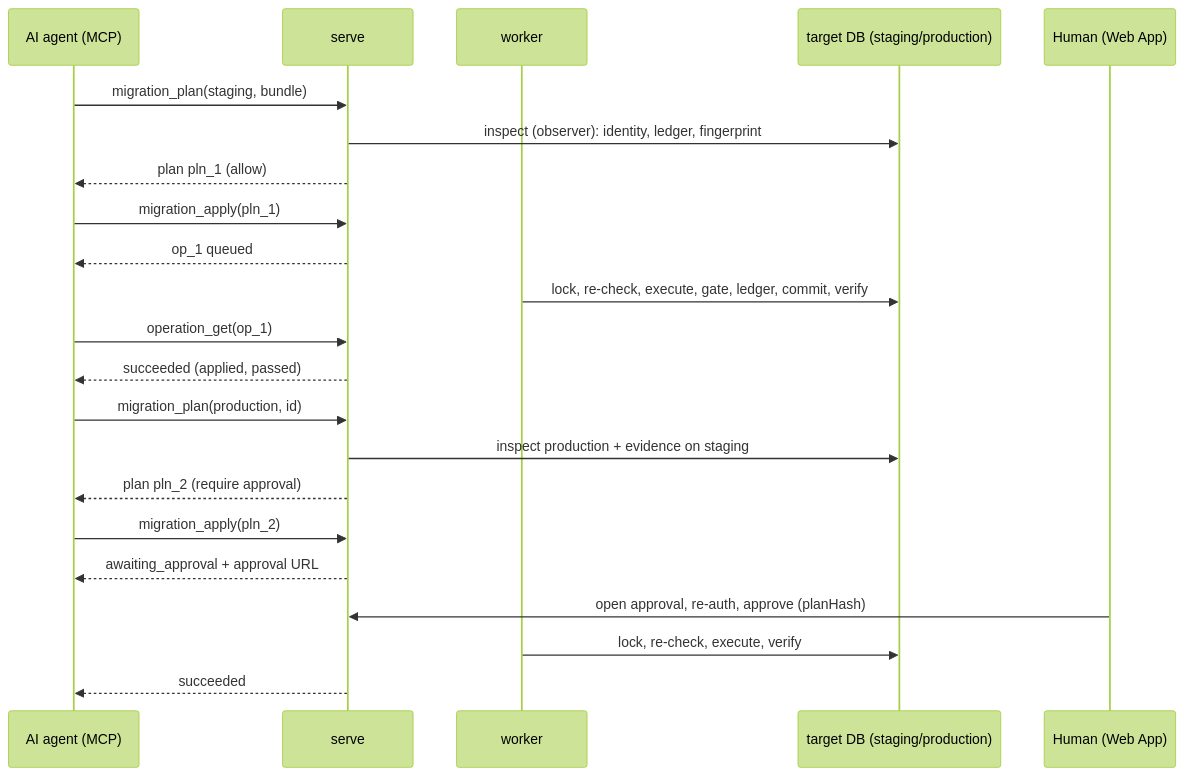
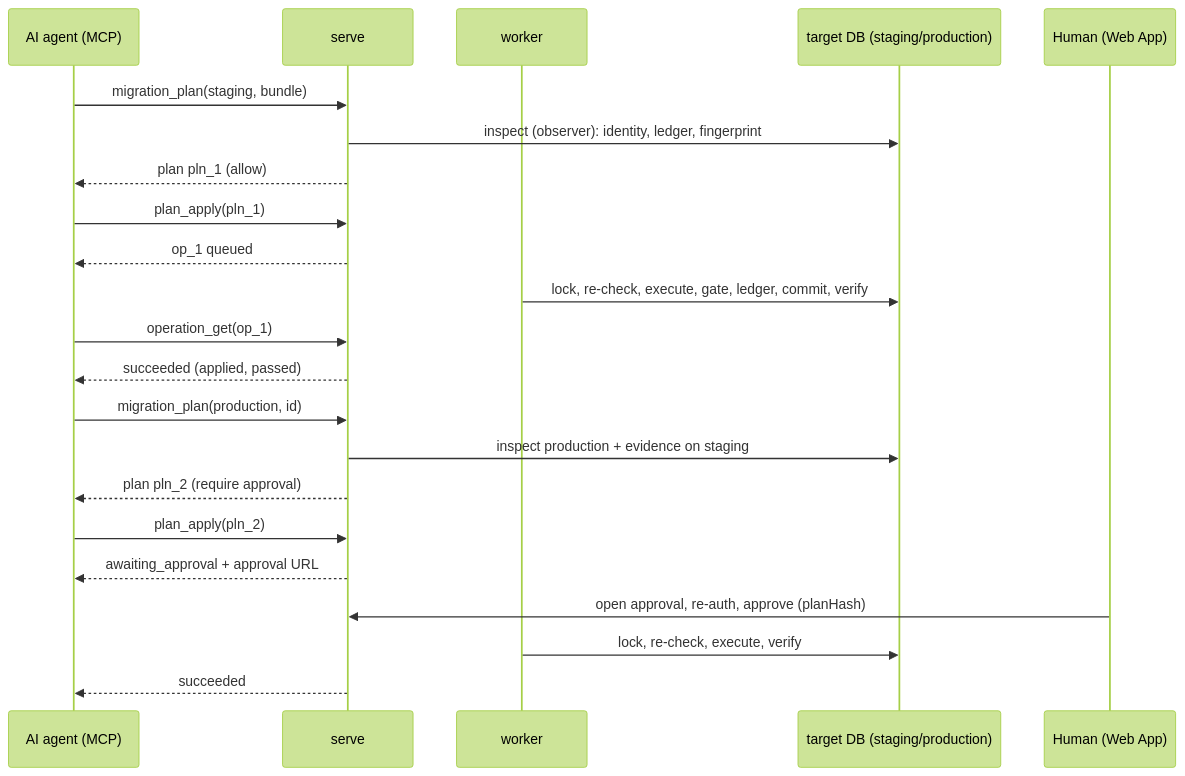
Before and after one commit to davdxpx/ExponetDB: the diagram in exponetdb-docs/01-architecture/overview.md, drawn with Mermaid (forest theme). The commit also changed other lines of this file and 50 other files, not shown here.

````diff
--- a/exponetdb-docs/01-architecture/overview.md
+++ b/exponetdb-docs/01-architecture/overview.md
@@ -100,24 +101,24 @@
 ```mermaid
 sequenceDiagram
   participant A as AI agent (MCP)
   participant S as serve
   participant W as worker
   participant T as target DB (staging/production)
   participant H as Human (Web App)
   A->>S: migration_plan(staging, bundle)
   S->>T: inspect (observer): identity, ledger, fingerprint
   S-->>A: plan pln_1 (allow)
-  A->>S: migration_apply(pln_1)
+  A->>S: plan_apply(pln_1)
   S-->>A: op_1 queued
   W->>T: lock, re-check, execute, gate, ledger, commit, verify
   A->>S: operation_get(op_1)
   S-->>A: succeeded (applied, passed)
   A->>S: migration_plan(production, id)
   S->>T: inspect production + evidence on staging
   S-->>A: plan pln_2 (require approval)
-  A->>S: migration_apply(pln_2)
+  A->>S: plan_apply(pln_2)
   S-->>A: awaiting_approval + approval URL
   H->>S: open approval, re-auth, approve (planHash)
   W->>T: lock, re-check, execute, verify
   S-->>A: succeeded
 ```
````
